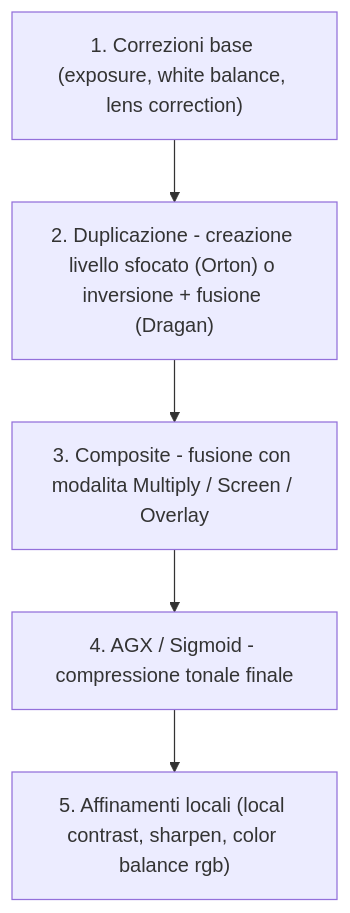
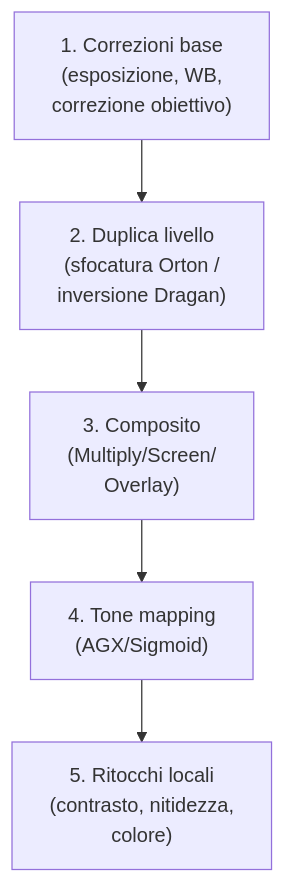
One commit to lorenzoperone/darktable-docs changed the diagram in docs/workshop/creative-effects.md. Above: the diagram before and after it, drawn with Mermaid. The commit also changed 40 other files, not shown here.

First line of the commit message:
fix: reformatta diagrammi Mermaid — etichette brevi, break line, italiano

````diff
--- a/docs/workshop/creative-effects.md
+++ b/docs/workshop/creative-effects.md
@@ -18,4 +18,4 @@
 ```mermaid
 flowchart TD
-    A["1. Correzioni base (exposure, white balance, lens correction)"] --> B["2. Duplicazione - creazione livello sfocato (Orton) o inversione + fusione (Dragan)"] --> C["3. Composite - fusione con modalita Multiply / Screen / Overlay"] --> D["4. AGX / Sigmoid - compressione tonale finale"] --> E["5. Affinamenti locali (local contrast, sharpen, color balance rgb)"]
+    A["1. Correzioni base<br/>(esposizione, WB,<br/>correzione obiettivo)"] --> B["2. Duplica livello<br/>(sfocatura Orton /<br/>inversione Dragan)"] --> C["3. Composito<br/>(Multiply/Screen/<br/>Overlay)"] --> D["4. Tone mapping<br/>(AGX/Sigmoid)"] --> E["5. Ritocchi locali<br/>(contrasto, nitidezza,<br/>colore)"]
 ```
````
